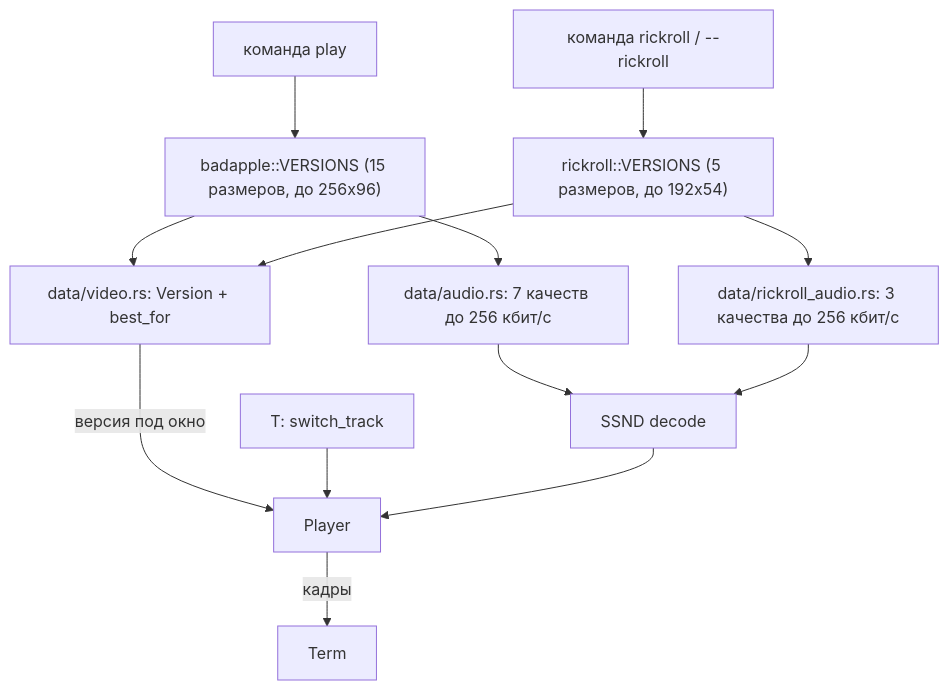
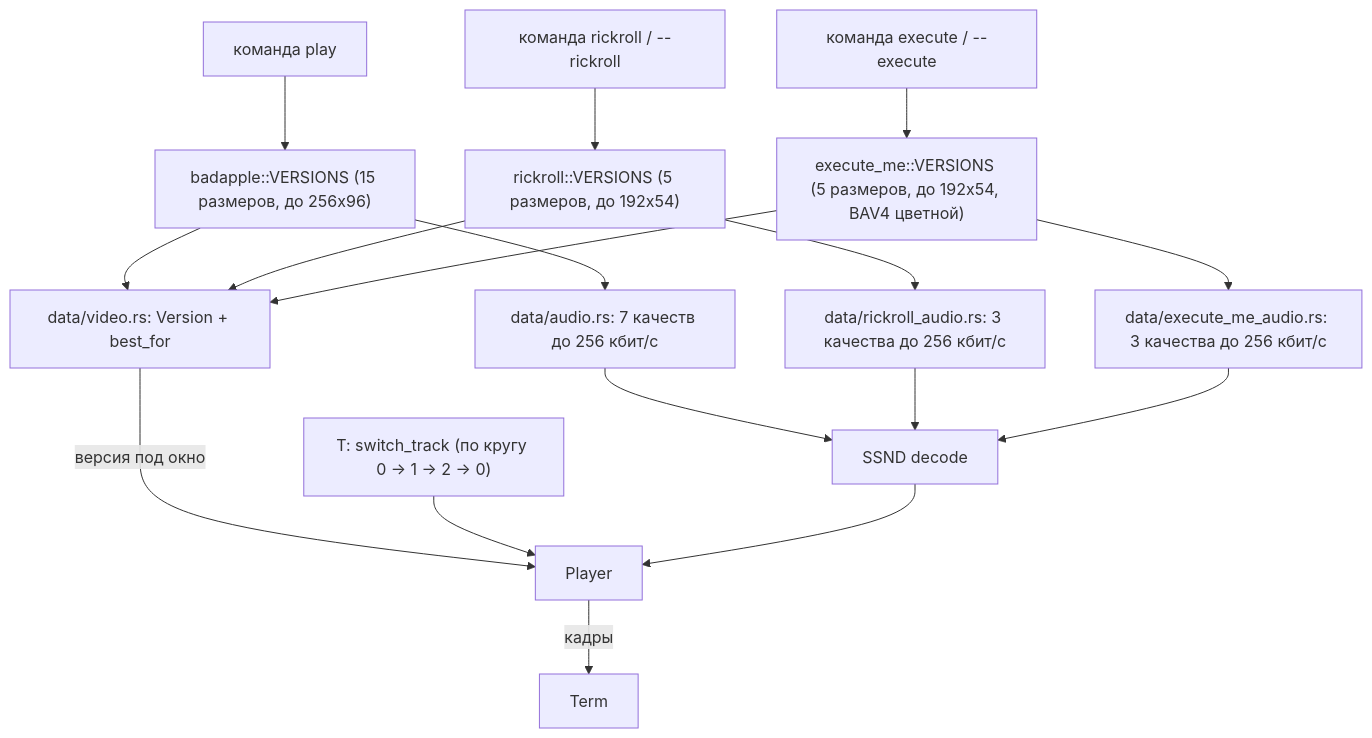
One commit to loki5512344ss/SummumOS changed diagram 28 of 29 in чертежи.md. Above: the diagram before and after it, drawn with Mermaid. The commit also changed other lines of this file and 30 other files, not shown here.

Commit message:
world.execute(me);: цветное видео BAV4 со звуком и правила ручных правок

````diff
--- a/чертежи.md
+++ b/чертежи.md
@@ -738,15 +738,19 @@
 ```mermaid
 graph TD
     play["команда play"] --> bad["badapple::VERSIONS (15 размеров, до 256x96)"]
     rick["команда rickroll / --rickroll"] --> roll["rickroll::VERSIONS (5 размеров, до 192x54)"]
+    exe["команда execute / --execute"] --> ex["execute_me::VERSIONS (5 размеров, до 192x54, BAV4 цветной)"]
     bad --> vid["data/video.rs: Version + best_for"]
     roll --> vid
+    ex --> vid
     vid -->|"версия под окно"| player["Player"]
-    t["T: switch_track"] --> player
+    t["T: switch_track (по кругу 0 -> 1 -> 2 -> 0)"] --> player
     player -->|"кадры"| term["Term"]
     bad --> ba["data/audio.rs: 7 качеств до 256 кбит/с"]
     roll --> ra["data/rickroll_audio.rs: 3 качества до 256 кбит/с"]
+    ex --> ea["data/execute_me_audio.rs: 3 качества до 256 кбит/с"]
     ba --> snd["SSND decode"]
     ra --> snd
+    ea --> snd
     snd --> player
 ```
````
